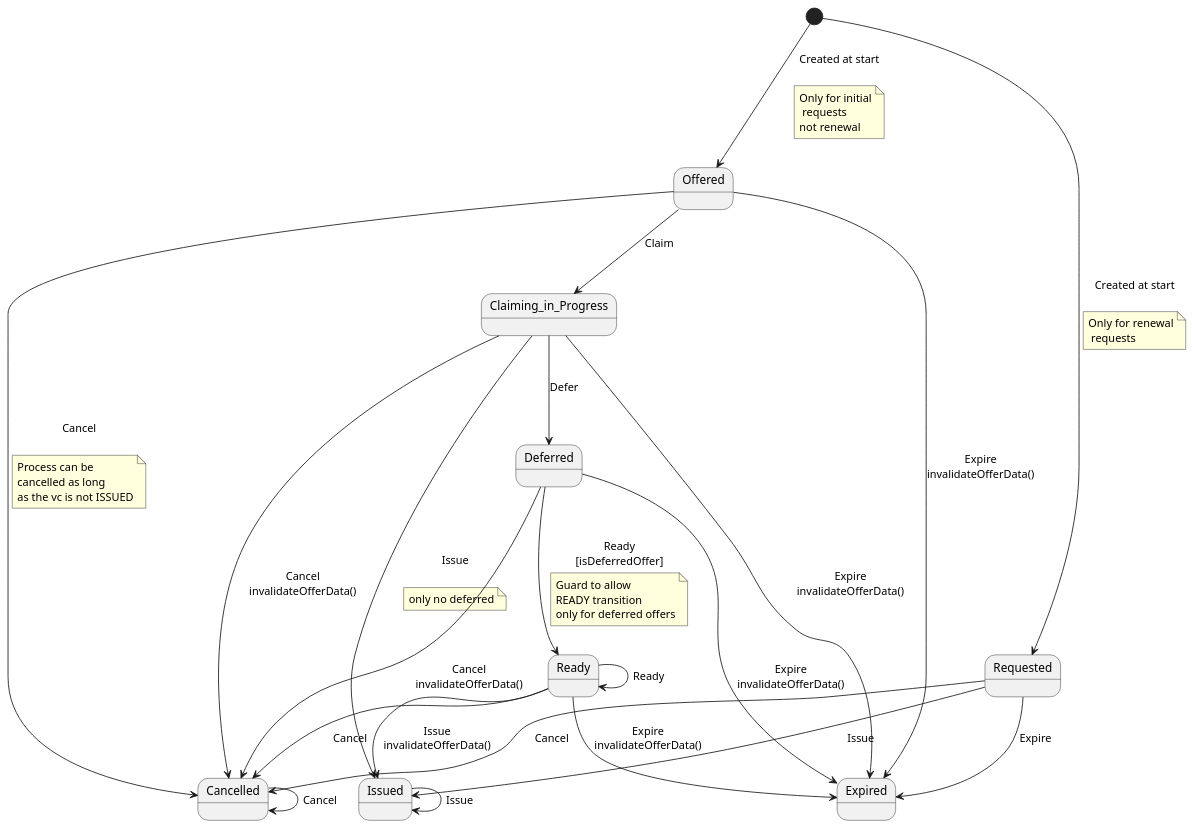
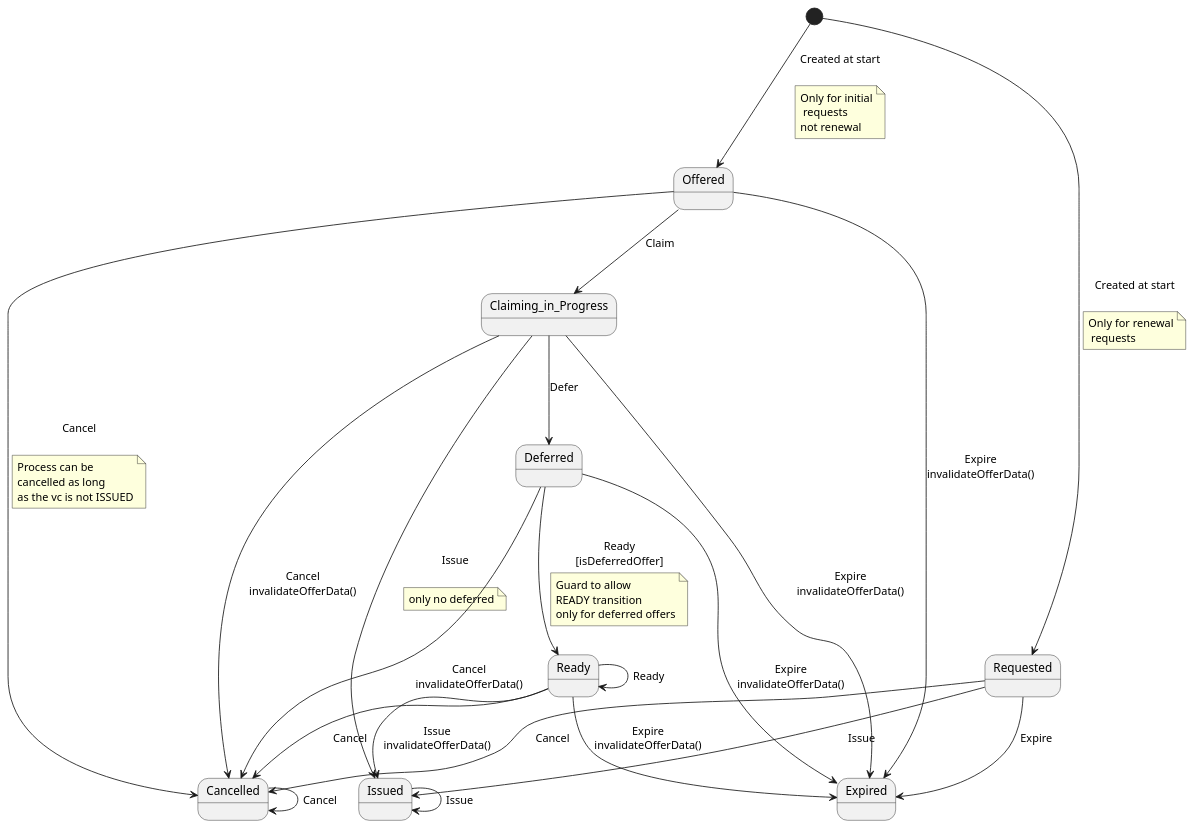
The diagram in issuer-service/src/main/resources/plantuml/credentialOfferStateMachine.puml (swiyu-admin-ch/swiyu-issuer), drawn with PlantUML before and after one commit. The commit also changed other lines of this file and 9 other files, not shown here.

```diff
--- a/issuer-service/src/main/resources/plantuml/credentialOfferStateMachine.puml
+++ b/issuer-service/src/main/resources/plantuml/credentialOfferStateMachine.puml
@@ -1,58 +1,58 @@
 @startuml
+state Claiming_in_Progress
+state Ready
+state Cancelled
 state Expired
-state Cancelled
-state Ready
-state Claiming_in_Progress
 state Deferred
+state Requested
 state Offered
 state Issued
-state Requested
 [*] --> Offered : Created at start\n
 note on link
 Only for initial
  requests
 not renewal
 end note
 
 [*] --> Requested : Created at start\n
 note on link
 Only for renewal
  requests
 end note
 
 Requested --> Issued : Issue
 Requested --> Cancelled : Cancel
 Requested --> Expired : Expire
 Offered --> Cancelled : Cancel\n
 note on link
 Process can be
 cancelled as long
 as the vc is not ISSUED
 end note
 
 Offered --> Expired : Expire\ninvalidateOfferData()
 Offered --> Claiming_in_Progress : Claim
 Claiming_in_Progress --> Expired : Expire\ninvalidateOfferData()
 Claiming_in_Progress --> Deferred : Defer
 Claiming_in_Progress --> Issued : Issue\n
 note on link
 only no deferred
 end note
 
 Claiming_in_Progress --> Cancelled : Cancel\ninvalidateOfferData()
 Deferred --> Ready : Ready\n[isDeferredOffer]
 note on link
 Guard to allow
 READY transition
 only for deferred offers
 end note
 
 Deferred --> Expired : Expire\ninvalidateOfferData()
 Deferred --> Cancelled : Cancel\ninvalidateOfferData()
 Ready --> Issued : Issue\ninvalidateOfferData()
 Ready --> Expired : Expire\ninvalidateOfferData()
 Ready --> Cancelled : Cancel
 Ready --> Ready : Ready
 Issued --> Issued : Issue
 Cancelled --> Cancelled : Cancel
 @enduml
```
